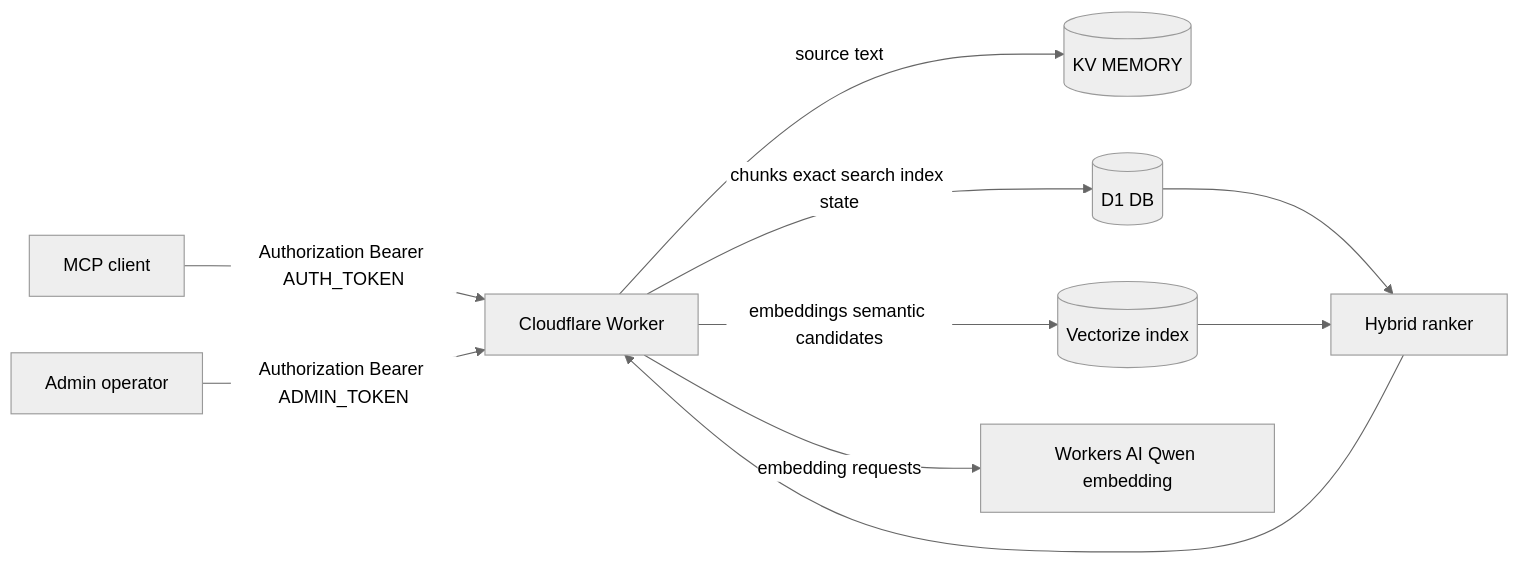
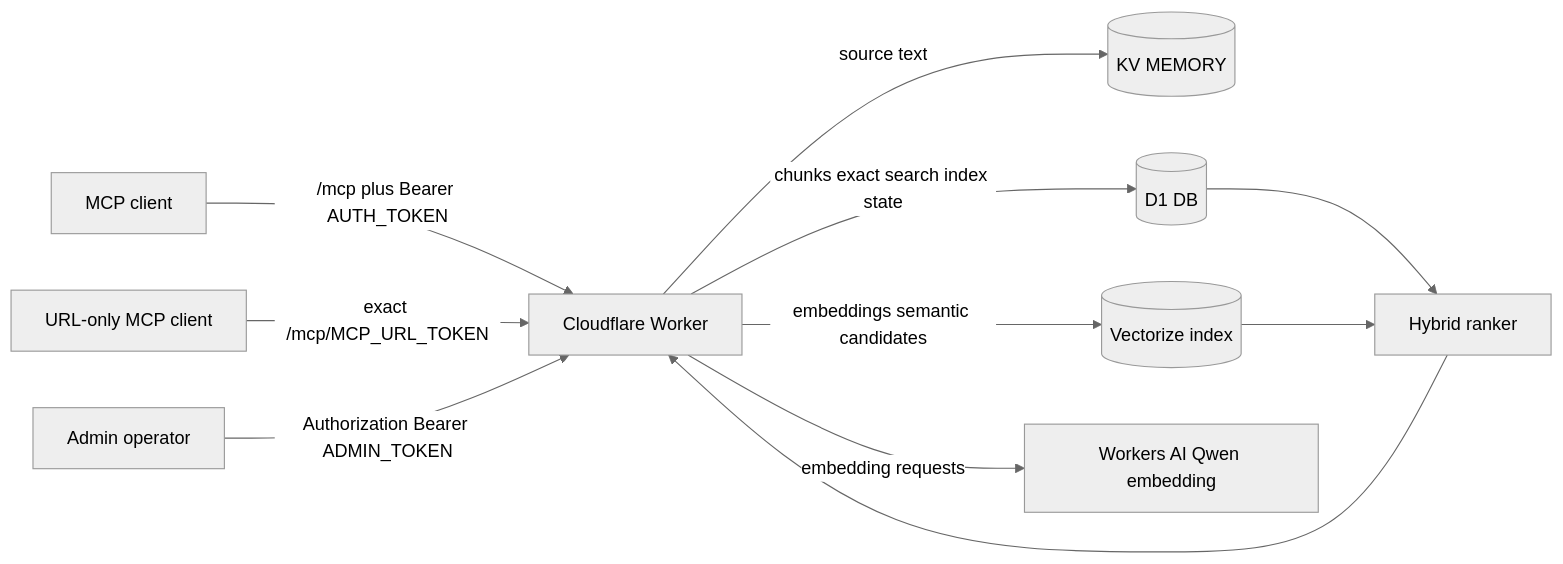
The diagram in ARCHITECTURE.md (camellia041002/personal-ai-memory), drawn with Mermaid (neutral theme) before and after one commit. The commit also changed other lines of this file and 16 other files, not shown here.

````diff
--- a/ARCHITECTURE.md
+++ b/ARCHITECTURE.md
@@ -7,12 +7,13 @@
 ```mermaid
 flowchart LR
-    C[MCP client] -->|Authorization Bearer AUTH_TOKEN| W[Cloudflare Worker]
+    C[MCP client] -->|/mcp plus Bearer AUTH_TOKEN| W[Cloudflare Worker]
+    U[URL-only MCP client] -->|exact /mcp/MCP_URL_TOKEN| W
     A[Admin operator] -->|Authorization Bearer ADMIN_TOKEN| W
     W -->|source text| K[(KV MEMORY)]
     W -->|chunks exact search index state| D[(D1 DB)]
     W -->|embeddings semantic candidates| V[(Vectorize index)]
     W -->|embedding requests| AI[Workers AI Qwen embedding]
     D --> H[Hybrid ranker]
     V --> H
     H --> W
 ```
````
